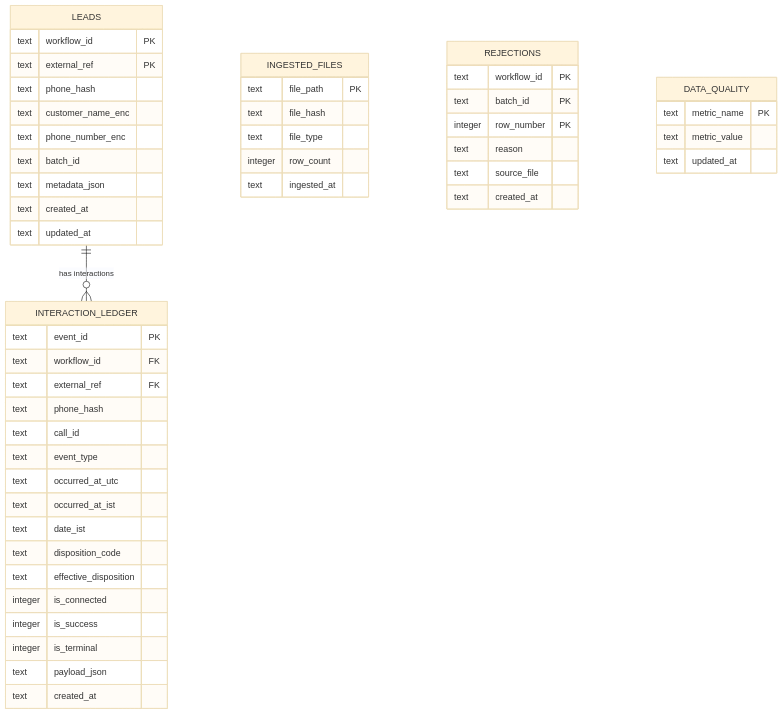
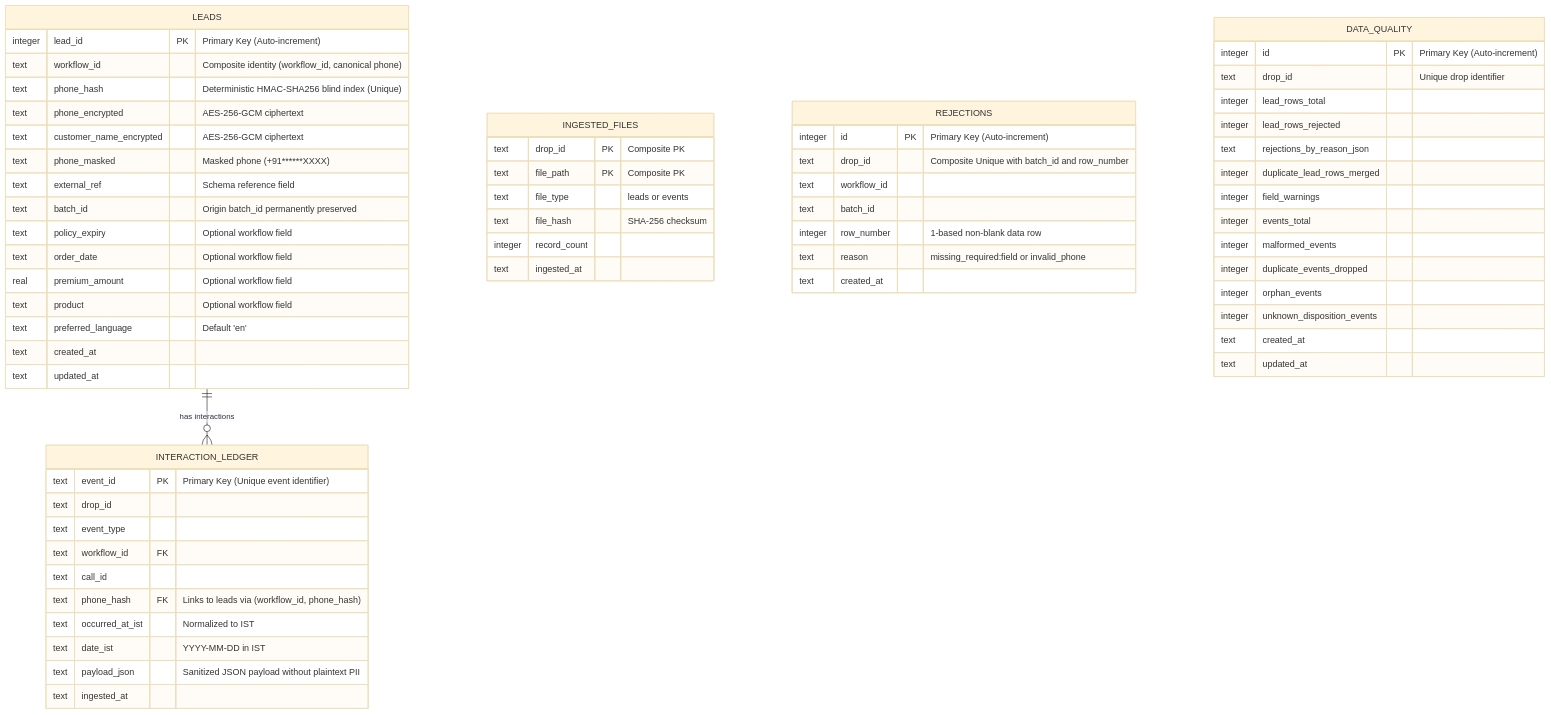
One commit to Harshavardhan-Yenreddy/agentic-universe-interaction-ledger changed the diagram in solution/README.md. Above: the diagram before and after it, drawn with Mermaid (base theme). The commit also changed other lines of this file, not shown here.

Commit message:
docs: align README with implementation

````diff
--- a/solution/README.md
+++ b/solution/README.md
@@ -71,53 +71,66 @@
 ```mermaid
 erDiagram
     LEADS ||--o{ INTERACTION_LEDGER : "has interactions"
     LEADS {
-        text workflow_id PK
-        text external_ref PK
-        text phone_hash
-        text customer_name_enc
-        text phone_number_enc
-        text batch_id
-        text metadata_json
+        integer lead_id PK "Primary Key (Auto-increment)"
+        text workflow_id "Composite identity (workflow_id, canonical phone)"
+        text phone_hash "Deterministic HMAC-SHA256 blind index (Unique)"
+        text phone_encrypted "AES-256-GCM ciphertext"
+        text customer_name_encrypted "AES-256-GCM ciphertext"
+        text phone_masked "Masked phone (+91******XXXX)"
+        text external_ref "Schema reference field"
+        text batch_id "Origin batch_id permanently preserved"
+        text policy_expiry "Optional workflow field"
+        text order_date "Optional workflow field"
+        real premium_amount "Optional workflow field"
+        text product "Optional workflow field"
+        text preferred_language "Default 'en'"
         text created_at
         text updated_at
     }
     INTERACTION_LEDGER {
-        text event_id PK
+        text event_id PK "Primary Key (Unique event identifier)"
+        text drop_id
+        text event_type
         text workflow_id FK
-        text external_ref FK
-        text phone_hash
         text call_id
-        text event_type
-        text occurred_at_utc
-        text occurred_at_ist
-        text date_ist
-        text disposition_code
-        text effective_disposition
-        integer is_connected
-        integer is_success
-        integer is_terminal
-        text payload_json
-        text created_at
+        text phone_hash FK "Links to leads via (workflow_id, phone_hash)"
+        text occurred_at_ist "Normalized to IST"
+        text date_ist "YYYY-MM-DD in IST"
+        text payload_json "Sanitized JSON payload without plaintext PII"
+        text ingested_at
     }
     INGESTED_FILES {
-        text file_path PK
-        text file_hash
-        text file_type
-        integer row_count
+        text drop_id PK "Composite PK"
+        text file_path PK "Composite PK"
+        text file_type "leads or events"
+        text file_hash "SHA-256 checksum"
+        integer record_count
         text ingested_at
     }
     REJECTIONS {
-        text workflow_id PK
-        text batch_id PK
-        integer row_number PK
-        text reason
-        text source_file
+        integer id PK "Primary Key (Auto-increment)"
+        text drop_id "Composite Unique with batch_id and row_number"
+        text workflow_id
+        text batch_id
+        integer row_number "1-based non-blank data row"
+        text reason "missing_required:field or invalid_phone"
         text created_at
     }
     DATA_QUALITY {
-        text metric_name PK
-        text metric_value
+        integer id PK "Primary Key (Auto-increment)"
+        text drop_id "Unique drop identifier"
+        integer lead_rows_total
+        integer lead_rows_rejected
+        text rejections_by_reason_json
+        integer duplicate_lead_rows_merged
+        integer field_warnings
+        integer events_total
+        integer malformed_events
+        integer duplicate_events_dropped
+        integer orphan_events
+        integer unknown_disposition_events
+        text created_at
         text updated_at
     }
 ```
````
